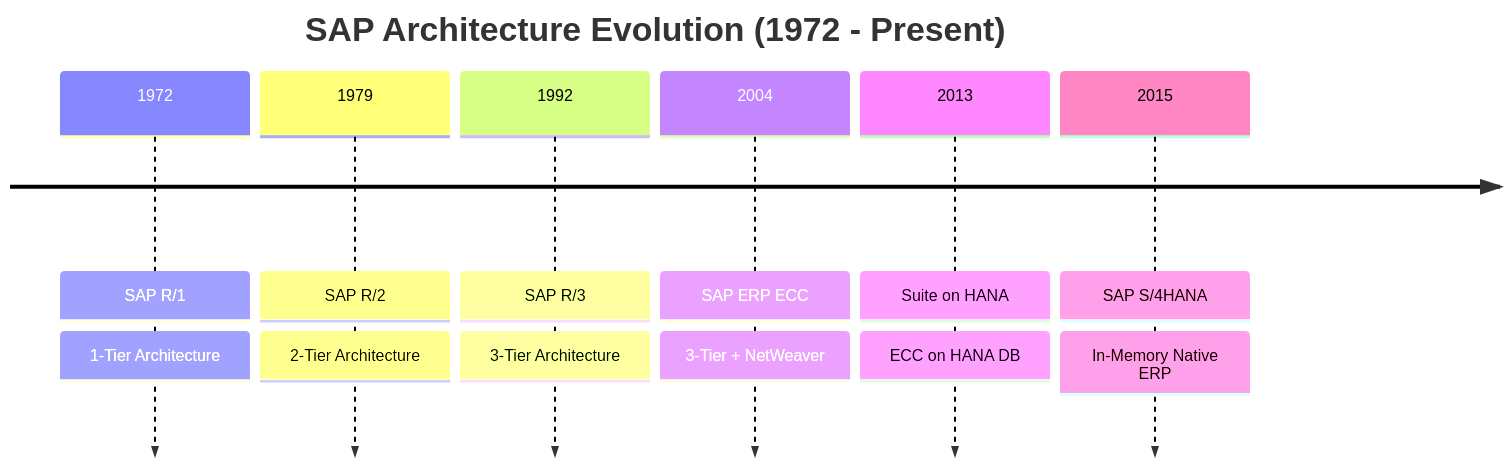
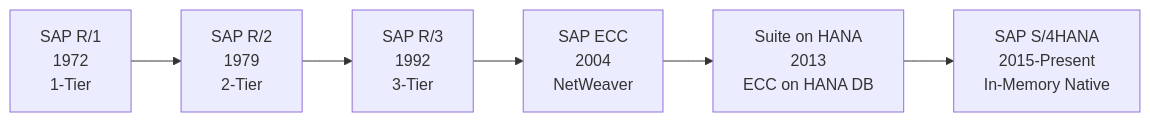
The second of 7 diagrams in s4hana-evolution-and-architecture.md (islamnassar13/S4HANA-FICO-End2End-Implementation-Hub), drawn with Mermaid before and after one commit. The commit also changed other lines of this file and 1 other file, not shown here.

First line of the commit message:
docs: completely rewrite S/4HANA markdown file following GitHub RTL rules

````diff
--- a/s4hana-evolution-and-architecture.md
+++ b/s4hana-evolution-and-architecture.md
@@ -57,10 +77,8 @@
 ```mermaid
-timeline
-    title SAP Architecture Evolution (1972 - Present)
-    1972 : SAP R/1 : 1-Tier Architecture
-    1979 : SAP R/2 : 2-Tier Architecture
-    1992 : SAP R/3 : 3-Tier Architecture
-    2004 : SAP ERP ECC : 3-Tier + NetWeaver
-    2013 : Suite on HANA : ECC on HANA DB
-    2015 : SAP S/4HANA : In-Memory Native ERP
+flowchart LR
+    R1["SAP R/1<br>1972<br>1-Tier"] --> R2["SAP R/2<br>1979<br>2-Tier"]
+    R2 --> R3["SAP R/3<br>1992<br>3-Tier"]
+    R3 --> ECC["SAP ECC<br>2004<br>NetWeaver"]
+    ECC --> SOH["Suite on HANA<br>2013<br>ECC on HANA DB"]
+    SOH --> S4["SAP S/4HANA<br>2015-Present<br>In-Memory Native"]
 ```
````
